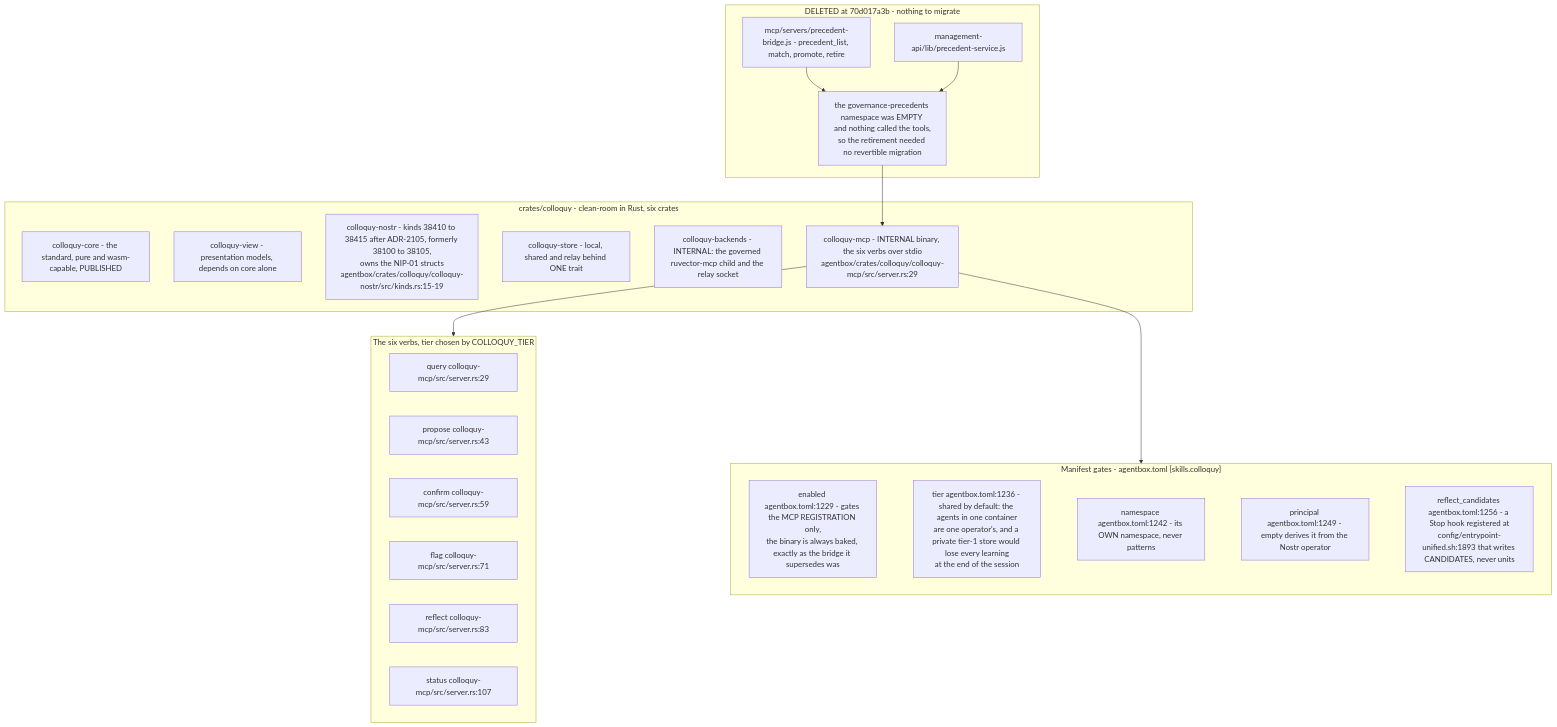
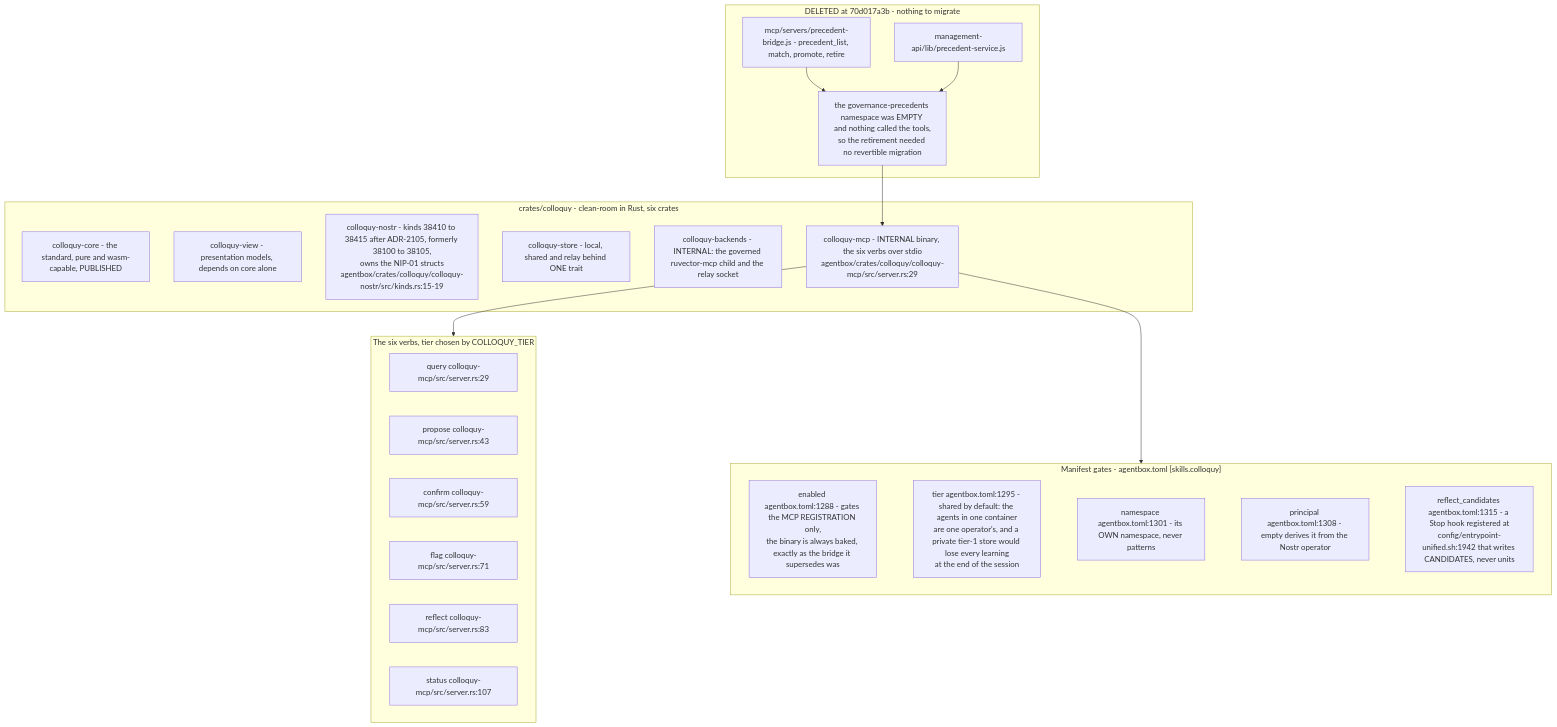
Before and after one commit to DreamLab-AI/VisionFlow: the ninth of 10 diagrams in docs/diagrams/agentbox/28-agentbox-services-and-manifest-binary.md, drawn with Mermaid. The commit also changed other lines of this file and 160 other files, not shown here.

````diff
--- a/docs/diagrams/agentbox/28-agentbox-services-and-manifest-binary.md
+++ b/docs/diagrams/agentbox/28-agentbox-services-and-manifest-binary.md
@@ -405,37 +413,37 @@
 ```mermaid
 flowchart TB
     subgraph gone["DELETED at 70d017a3b - nothing to migrate"]
         G1["mcp/servers/precedent-bridge.js - precedent_list, match, promote, retire"]
         G2["management-api/lib/precedent-service.js"]
         G3["the governance-precedents namespace was EMPTY and nothing called the tools,<br/>so the retirement needed no revertible migration"]
         G1 --> G3
         G2 --> G3
     end
     subgraph crates["crates/colloquy - clean-room in Rust, six crates"]
         P1["colloquy-core - the standard, pure and wasm-capable, PUBLISHED"]
         P2["colloquy-view - presentation models, depends on core alone"]
         P3["colloquy-nostr - kinds 38410 to 38415 after ADR-2105, formerly 38100 to 38105,<br/>owns the NIP-01 structs<br/>agentbox/crates/colloquy/colloquy-nostr/src/kinds.rs:15-19"]
         P4["colloquy-store - local, shared and relay behind ONE trait"]
         P5["colloquy-backends - INTERNAL: the governed ruvector-mcp child and the relay socket"]
         P6["colloquy-mcp - INTERNAL binary, the six verbs over stdio<br/>agentbox/crates/colloquy/colloquy-mcp/src/server.rs:29"]
     end
     G3 --> P6
     subgraph verbs["The six verbs, tier chosen by COLLOQUY_TIER"]
         V1["query colloquy-mcp/src/server.rs:29"]
         V2["propose colloquy-mcp/src/server.rs:43"]
         V3["confirm colloquy-mcp/src/server.rs:59"]
         V4["flag colloquy-mcp/src/server.rs:71"]
         V5["reflect colloquy-mcp/src/server.rs:83"]
         V6["status colloquy-mcp/src/server.rs:107"]
     end
     P6 --> verbs
     subgraph gates["Manifest gates - agentbox.toml [skills.colloquy]"]
-        M1["enabled agentbox.toml:1229 - gates the MCP REGISTRATION only,<br/>the binary is always baked, exactly as the bridge it supersedes was"]
-        M2["tier agentbox.toml:1236 - shared by default: the agents in one container<br/>are one operator's, and a private tier-1 store would lose every learning<br/>at the end of the session"]
-        M3["namespace agentbox.toml:1242 - its OWN namespace, never patterns"]
-        M4["principal agentbox.toml:1249 - empty derives it from the Nostr operator"]
-        M5["reflect_candidates agentbox.toml:1256 - a Stop hook registered at<br/>config/entrypoint-unified.sh:1893 that writes CANDIDATES, never units"]
+        M1["enabled agentbox.toml:1288 - gates the MCP REGISTRATION only,<br/>the binary is always baked, exactly as the bridge it supersedes was"]
+        M2["tier agentbox.toml:1295 - shared by default: the agents in one container<br/>are one operator's, and a private tier-1 store would lose every learning<br/>at the end of the session"]
+        M3["namespace agentbox.toml:1301 - its OWN namespace, never patterns"]
+        M4["principal agentbox.toml:1308 - empty derives it from the Nostr operator"]
+        M5["reflect_candidates agentbox.toml:1315 - a Stop hook registered at<br/>config/entrypoint-unified.sh:1942 that writes CANDIDATES, never units"]
         M1 ~~~ M2 ~~~ M3 ~~~ M4 ~~~ M5
     end
     P6 --> gates
 ```
````
